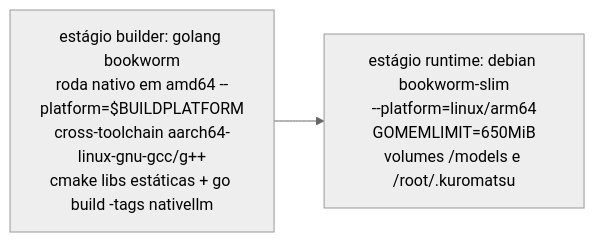
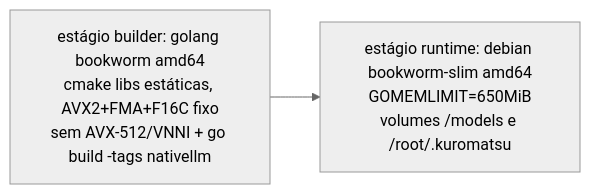
The diagram in software-spec/06-infrastructure/32-deployment.md (andre25costa-code/kuromatsu), drawn with Mermaid (neutral theme) before and after one commit. The commit also changed other lines of this file and 18 other files, not shown here.

````diff
--- a/software-spec/06-infrastructure/32-deployment.md
+++ b/software-spec/06-infrastructure/32-deployment.md
@@ -29,4 +35,4 @@
 ```mermaid
 flowchart LR
-    A[estágio builder: golang bookworm<br/>roda nativo em amd64 --platform=$BUILDPLATFORM<br/>cross-toolchain aarch64-linux-gnu-gcc/g++<br/>cmake libs estáticas + go build -tags nativellm] --> B[estágio runtime: debian bookworm-slim<br/>--platform=linux/arm64<br/>GOMEMLIMIT=650MiB<br/>volumes /models e /root/.kuromatsu]
+    A[estágio builder: golang bookworm amd64<br/>cmake libs estáticas, AVX2+FMA+F16C fixo<br/>sem AVX-512/VNNI + go build -tags nativellm] --> B[estágio runtime: debian bookworm-slim amd64<br/>GOMEMLIMIT=650MiB<br/>volumes /models e /root/.kuromatsu]
 ```
````
